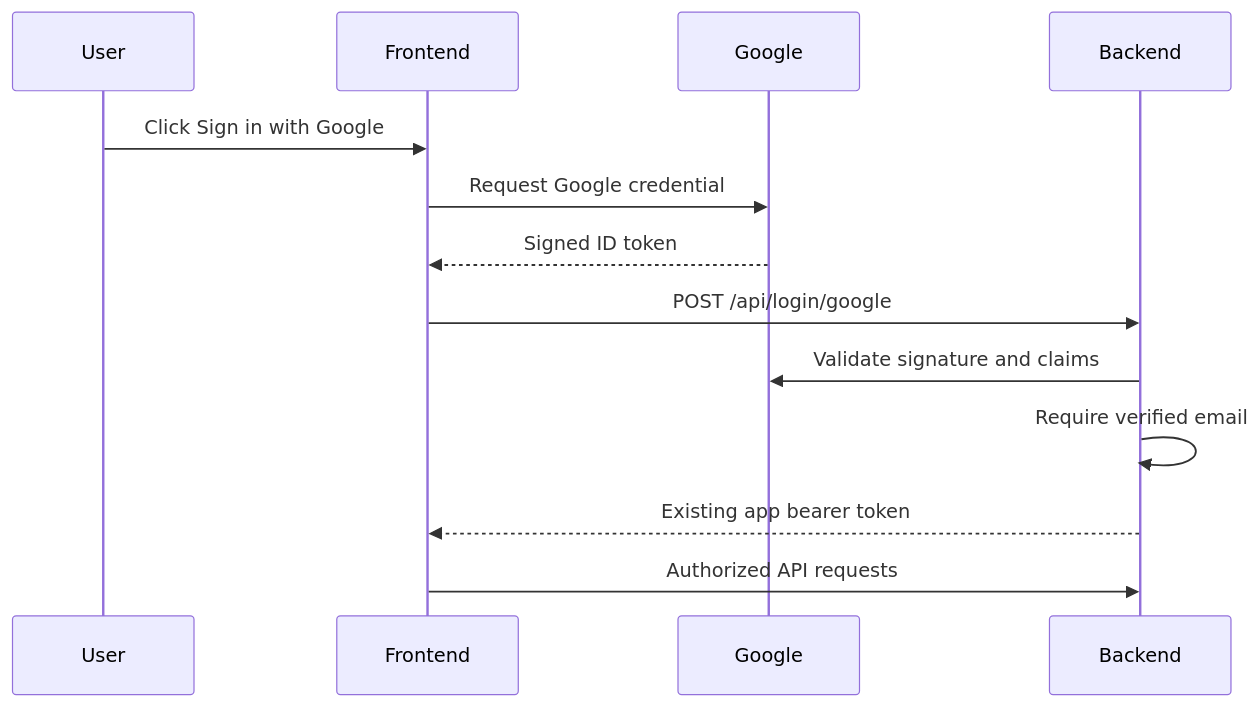
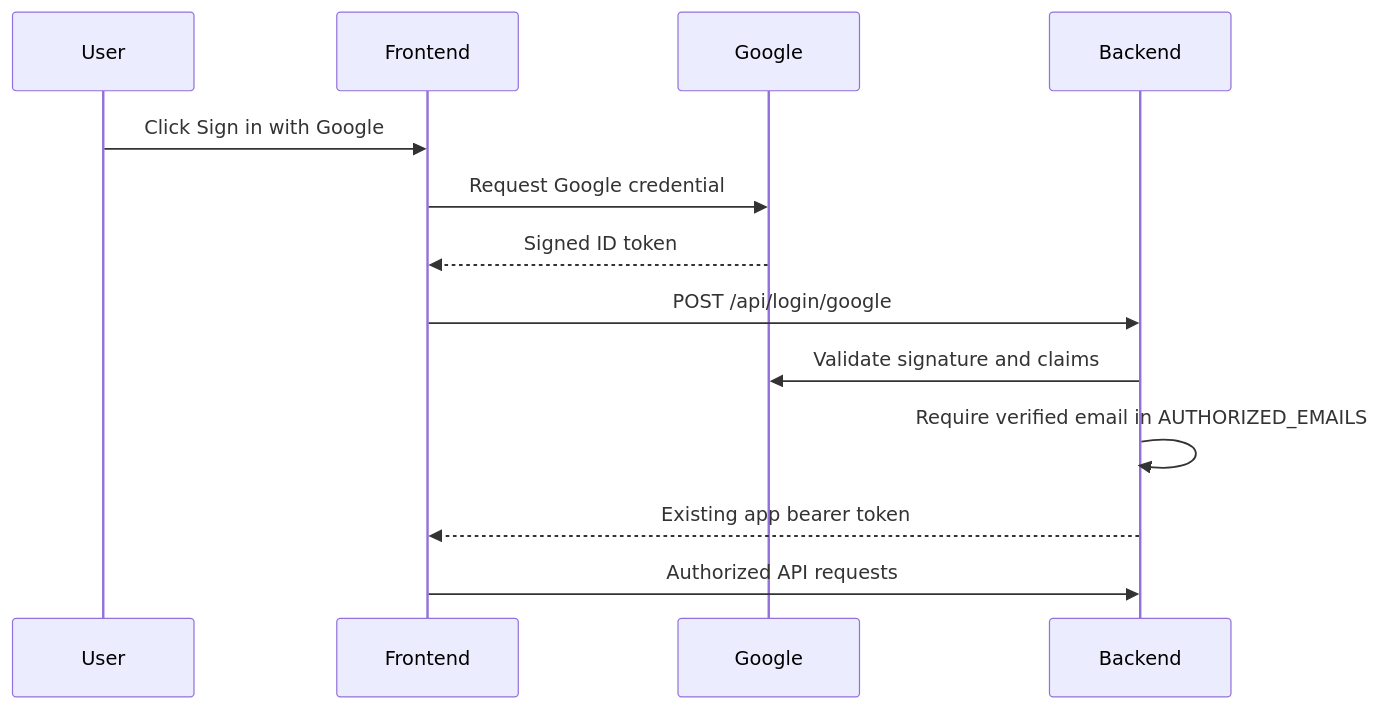
The diagram in GOOGLE_AUTHENTICATION.md (cgxarrie-go/nombresmad), drawn with Mermaid before and after one commit. The commit also changed other lines of this file and 7 other files, not shown here.

````diff
--- a/GOOGLE_AUTHENTICATION.md
+++ b/GOOGLE_AUTHENTICATION.md
@@ -9,15 +9,15 @@
 ```mermaid
 sequenceDiagram
     participant User
     participant Frontend
     participant Google
     participant Backend
     User->>Frontend: Click Sign in with Google
     Frontend->>Google: Request Google credential
     Google-->>Frontend: Signed ID token
     Frontend->>Backend: POST /api/login/google
     Backend->>Google: Validate signature and claims
-    Backend->>Backend: Require verified email
+    Backend->>Backend: Require verified email in AUTHORIZED_EMAILS
     Backend-->>Frontend: Existing app bearer token
     Frontend->>Backend: Authorized API requests
 ```
````
